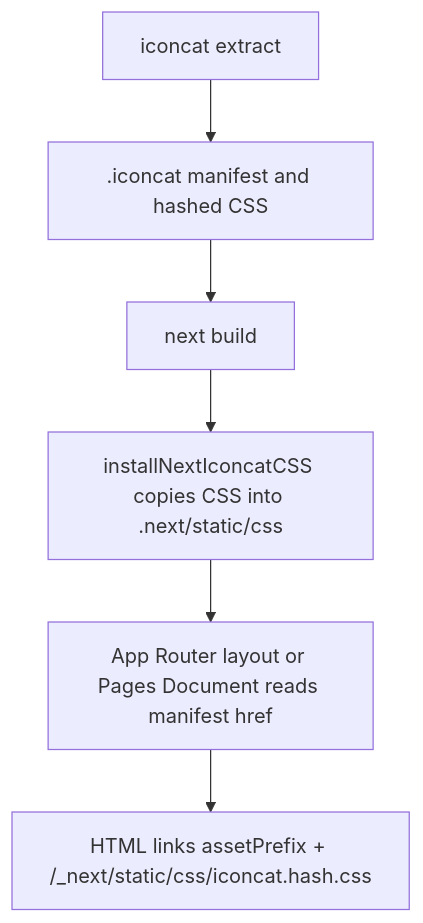
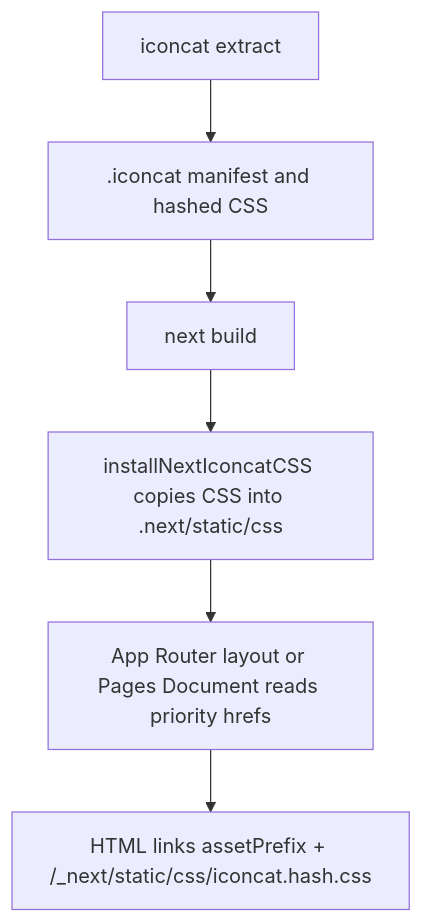
One commit to yunsii/tailwindcss-plugin-iconify changed the sixth of 7 diagrams in docs/iconcat-flow.md. Above: the diagram before and after it, drawn with Mermaid. The commit also changed other lines of this file and 43 other files, not shown here.

First line of the commit message:
✨ feat(iconcat): 支持全局图标 CSS catalog 注入

````diff
--- a/docs/iconcat-flow.md
+++ b/docs/iconcat-flow.md
@@ -167,8 +290,8 @@
 ```mermaid
 flowchart TD
   A[iconcat extract] --> B[.iconcat manifest and hashed CSS]
   B --> C[next build]
   C --> D[installNextIconcatCSS copies CSS into .next/static/css]
-  D --> E[App Router layout or Pages Document reads manifest href]
+  D --> E[App Router layout or Pages Document reads priority hrefs]
   E --> F[HTML links assetPrefix + /_next/static/css/iconcat.hash.css]
 ```
````
